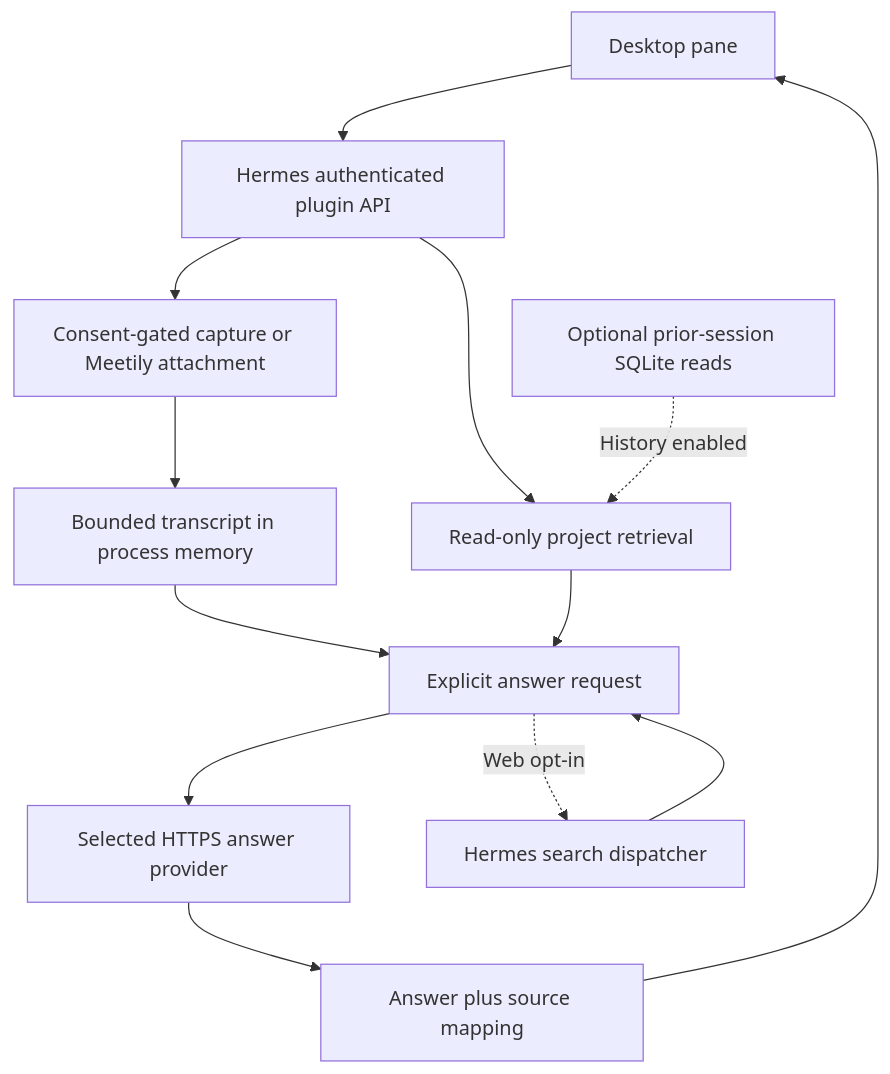
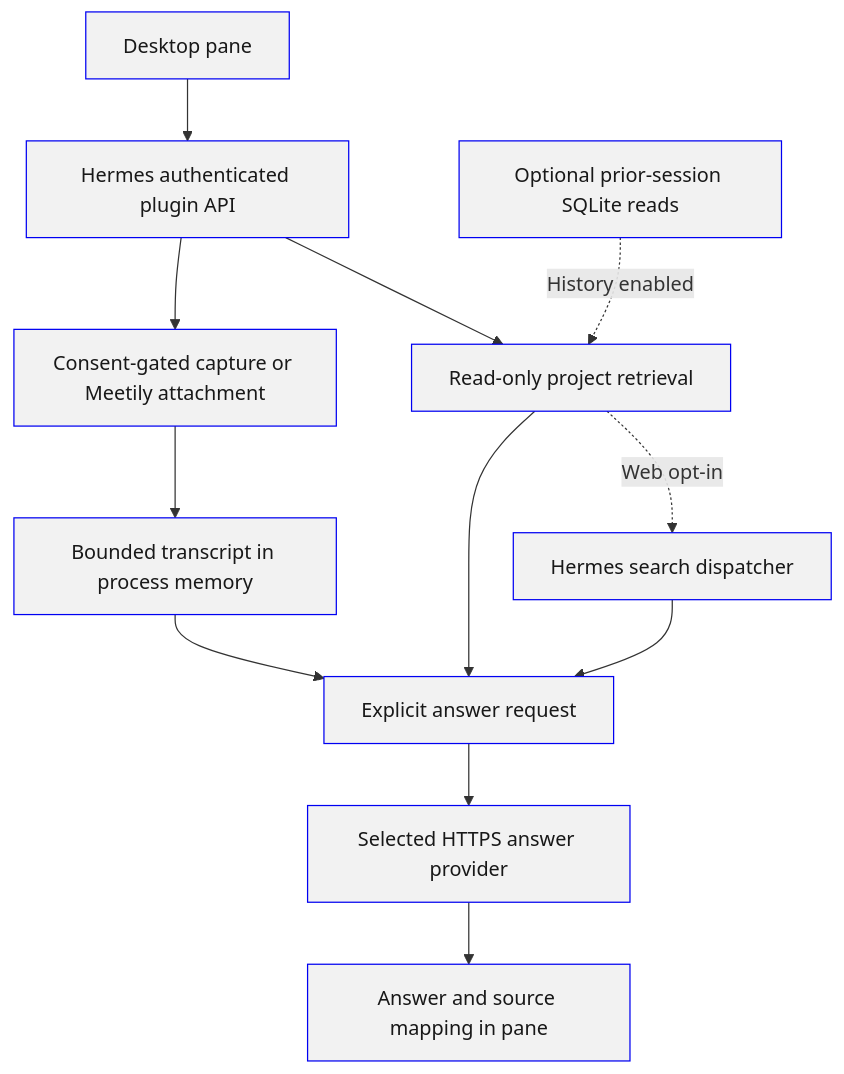
The diagram in docs/architecture.md (adam4788/meeting-copilot), drawn with Mermaid before and after one commit. The commit also changed 5 other files, not shown here.

````diff
--- a/docs/architecture.md
+++ b/docs/architecture.md
@@ -7,15 +7,17 @@
 ```mermaid
 flowchart TD
+    accTitle: Meeting Copilot components and data flow
+    accDescr: The authenticated plugin API controls capture and retrieval. Bounded transcript and evidence feed an explicit provider request. Optional history and web search add evidence only when enabled. Answers return to the pane for review.
     UI[Desktop pane] --> API[Hermes authenticated plugin API]
     API --> C[Consent-gated capture or Meetily attachment]
     C --> T[Bounded transcript in process memory]
     API --> R[Read-only project retrieval]
     H[Optional prior-session SQLite reads] -. History enabled .-> R
     T --> A[Explicit answer request]
     R --> A
     A --> P[Selected HTTPS answer provider]
-    P --> V[Answer plus source mapping]
-    V --> UI
-    A -. Web opt-in .-> W[Hermes search dispatcher]
+    P --> V[Answer and source mapping in pane]
+    R -. Web opt-in .-> W[Hermes search dispatcher]
     W --> A
+    classDef default fill:#F2F2F2,stroke:#0000F2,color:#181818,stroke-width:1px
 ```
````
